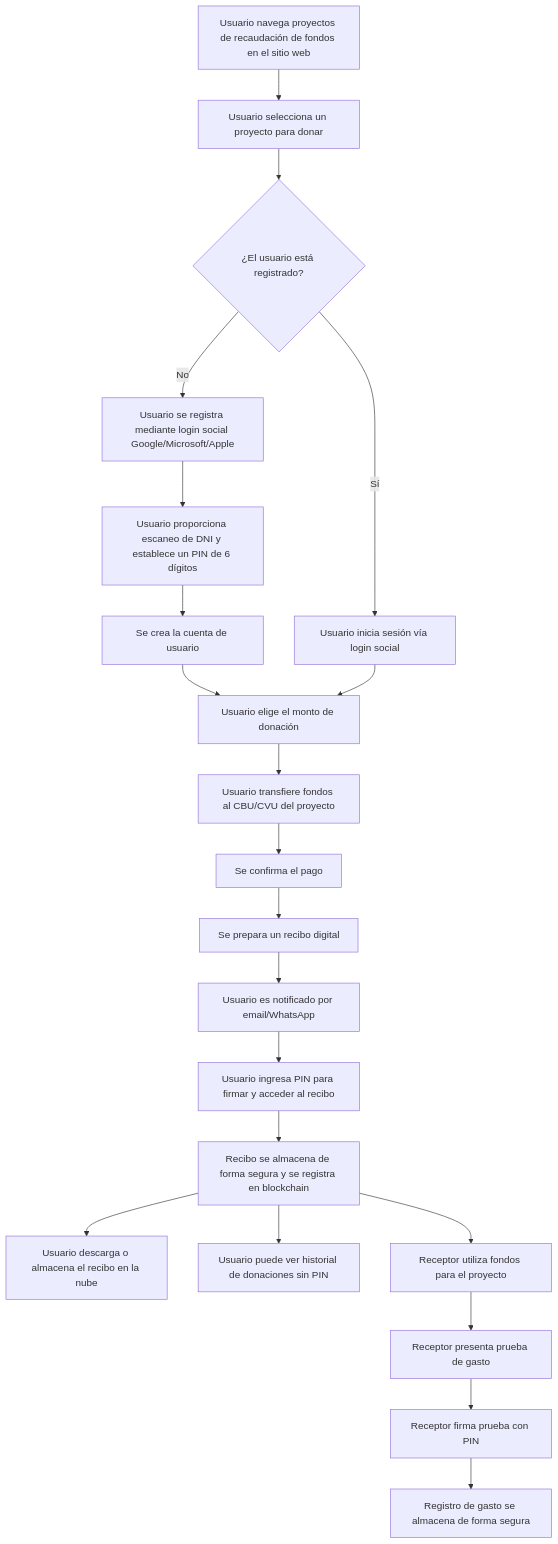
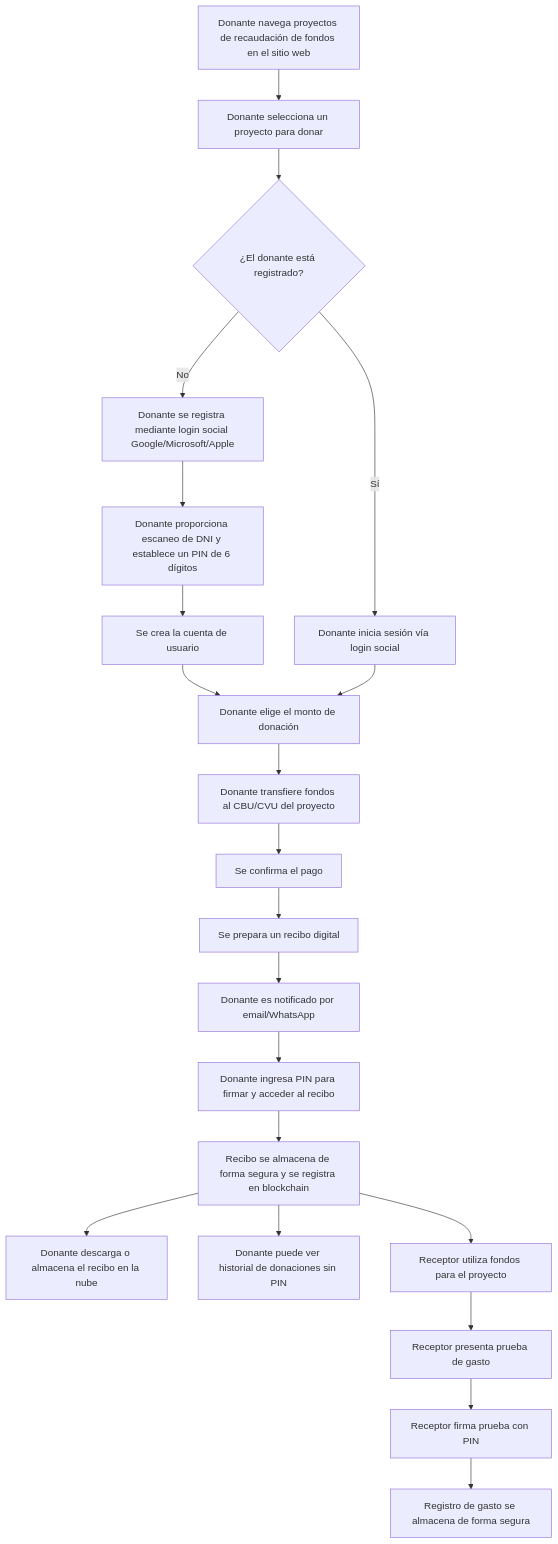
The first of 2 diagrams in readme.md (kzu/diafanis), drawn with Mermaid before and after one commit. The commit also changed other lines of this file, not shown here.

````diff
--- a/readme.md
+++ b/readme.md
@@ -59,27 +70,27 @@
 ```mermaid
 graph TD
-    A[Usuario navega proyectos de recaudación de fondos en el sitio web]
+    A[Donante navega proyectos de recaudación de fondos en el sitio web]
 
-    A --> B[Usuario selecciona un proyecto para donar]
-    B --> C{¿El usuario está registrado?}
-    C -->|No| D[Usuario se registra mediante login social Google/Microsoft/Apple]
-    D --> E[Usuario proporciona escaneo de DNI y establece un PIN de 6 dígitos]
+    A --> B[Donante selecciona un proyecto para donar]
+    B --> C{¿El donante está registrado?}
+    C -->|No| D[Donante se registra mediante login social Google/Microsoft/Apple]
+    D --> E[Donante proporciona escaneo de DNI y establece un PIN de 6 dígitos]
     E --> F[Se crea la cuenta de usuario]
-    C -->|Sí| G[Usuario inicia sesión vía login social]
+    C -->|Sí| G[Donante inicia sesión vía login social]
 
-    F & G --> H[Usuario elige el monto de donación]
-    H --> I[Usuario transfiere fondos al CBU/CVU del proyecto]
+    F & G --> H[Donante elige el monto de donación]
+    H --> I[Donante transfiere fondos al CBU/CVU del proyecto]
     I --> J[Se confirma el pago]
     J --> K[Se prepara un recibo digital]
 
-    K --> L[Usuario es notificado por email/WhatsApp]
-    L --> M[Usuario ingresa PIN para firmar y acceder al recibo]
+    K --> L[Donante es notificado por email/WhatsApp]
+    L --> M[Donante ingresa PIN para firmar y acceder al recibo]
     M --> N[Recibo se almacena de forma segura y se registra en blockchain]
-    N --> O[Usuario descarga o almacena el recibo en la nube]
-    N --> P[Usuario puede ver historial de donaciones sin PIN]
+    N --> O[Donante descarga o almacena el recibo en la nube]
+    N --> P[Donante puede ver historial de donaciones sin PIN]
 
     N --> Q[Receptor utiliza fondos para el proyecto]
     Q --> R[Receptor presenta prueba de gasto]
     R --> S[Receptor firma prueba con PIN]
     S --> T[Registro de gasto se almacena de forma segura]
 ```
````
